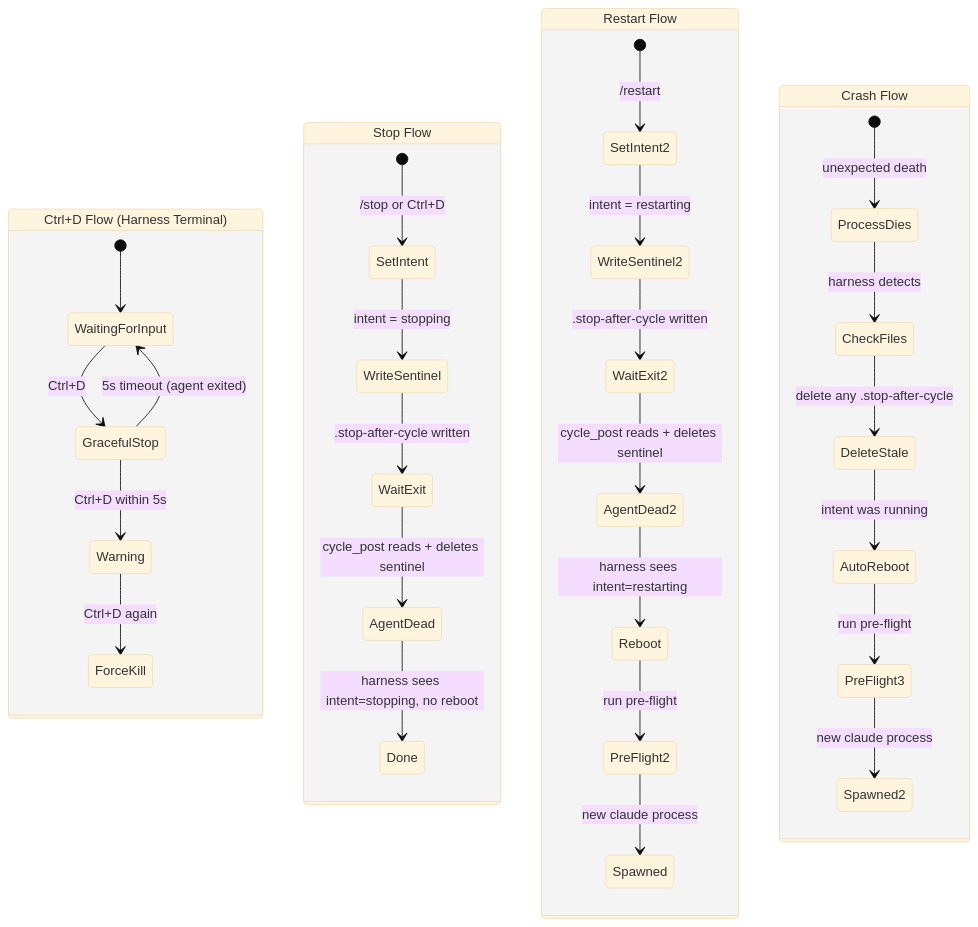
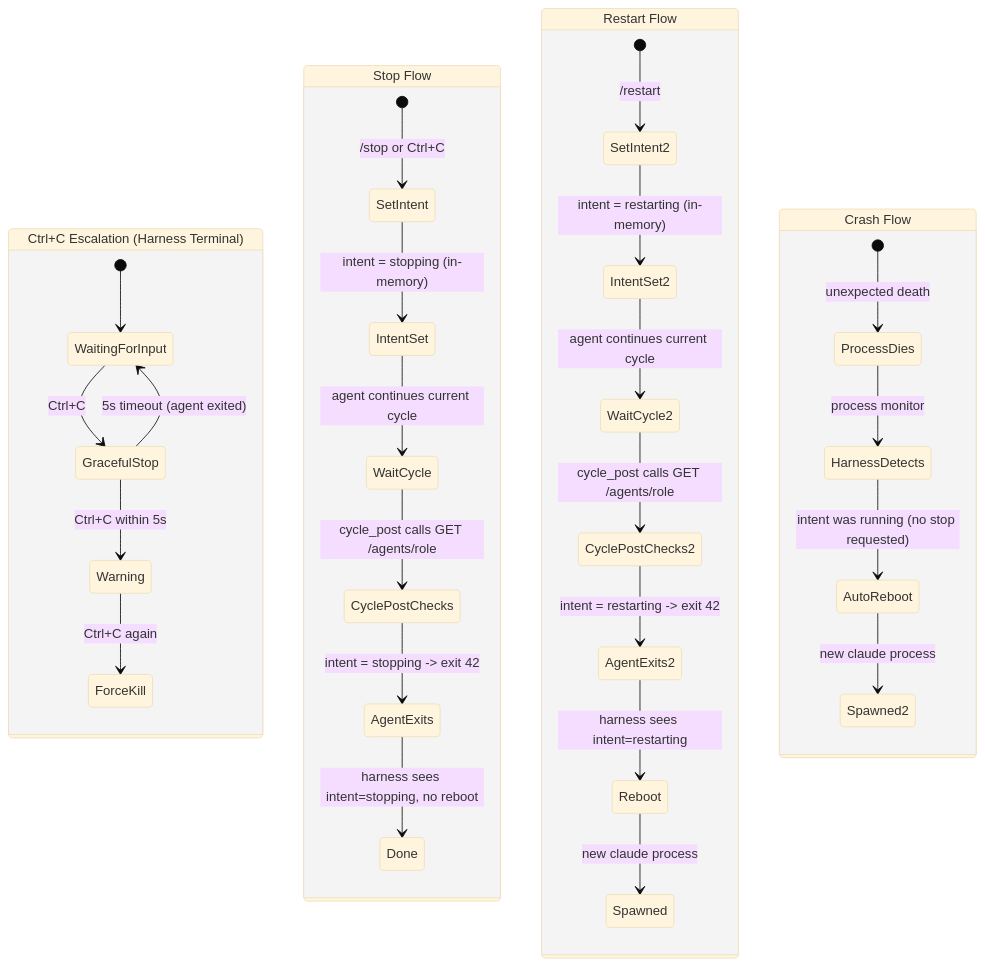
Before and after one commit to WallyDoodlez/SquidSquad: the third of 4 diagrams in .squidsquad/pm/planning/HARNESS-LIFECYCLE-PRD.md, drawn with Mermaid (base theme). The commit also changed other lines of this file, not shown here.

Commit message:
pm: pm: cycle 898 — quiet, #4979 in-progress

````diff
--- a/.squidsquad/pm/planning/HARNESS-LIFECYCLE-PRD.md
+++ b/.squidsquad/pm/planning/HARNESS-LIFECYCLE-PRD.md
@@ -82,37 +92,36 @@
 ```mermaid
 stateDiagram-v2
-    state "Ctrl+D Flow (Harness Terminal)" as CtrlD {
+    state "Ctrl+C Escalation (Harness Terminal)" as CtrlC {
         [*] --> WaitingForInput
-        WaitingForInput --> GracefulStop: Ctrl+D
-        GracefulStop --> Warning: Ctrl+D within 5s
-        Warning --> ForceKill: Ctrl+D again
+        WaitingForInput --> GracefulStop: Ctrl+C
+        GracefulStop --> Warning: Ctrl+C within 5s
+        Warning --> ForceKill: Ctrl+C again
         GracefulStop --> WaitingForInput: 5s timeout (agent exited)
     }
 
     state "Stop Flow" as StopFlow {
-        [*] --> SetIntent: /stop or Ctrl+D
-        SetIntent --> WriteSentinel: intent = stopping
-        WriteSentinel --> WaitExit: .stop-after-cycle written
-        WaitExit --> AgentDead: cycle_post reads + deletes sentinel
-        AgentDead --> Done: harness sees intent=stopping, no reboot
+        [*] --> SetIntent: /stop or Ctrl+C
+        SetIntent --> IntentSet: intent = stopping (in-memory)
+        IntentSet --> WaitCycle: agent continues current cycle
+        WaitCycle --> CyclePostChecks: cycle_post calls GET /agents/role
+        CyclePostChecks --> AgentExits: intent = stopping -> exit 42
+        AgentExits --> Done: harness sees intent=stopping, no reboot
     }
 
     state "Restart Flow" as RestartFlow {
         [*] --> SetIntent2: /restart
-        SetIntent2 --> WriteSentinel2: intent = restarting
-        WriteSentinel2 --> WaitExit2: .stop-after-cycle written
-        WaitExit2 --> AgentDead2: cycle_post reads + deletes sentinel
-        AgentDead2 --> Reboot: harness sees intent=restarting
-        Reboot --> PreFlight2: run pre-flight
-        PreFlight2 --> Spawned: new claude process
+        SetIntent2 --> IntentSet2: intent = restarting (in-memory)
+        IntentSet2 --> WaitCycle2: agent continues current cycle
+        WaitCycle2 --> CyclePostChecks2: cycle_post calls GET /agents/role
+        CyclePostChecks2 --> AgentExits2: intent = restarting -> exit 42
+        AgentExits2 --> Reboot: harness sees intent=restarting
+        Reboot --> Spawned: new claude process
     }
 
     state "Crash Flow" as CrashFlow {
         [*] --> ProcessDies: unexpected death
-        ProcessDies --> CheckFiles: harness detects
-        CheckFiles --> DeleteStale: delete any .stop-after-cycle
-        DeleteStale --> AutoReboot: intent was running
-        AutoReboot --> PreFlight3: run pre-flight
-        PreFlight3 --> Spawned2: new claude process
+        ProcessDies --> HarnessDetects: process monitor
+        HarnessDetects --> AutoReboot: intent was running (no stop requested)
+        AutoReboot --> Spawned2: new claude process
     }
 ```
````
